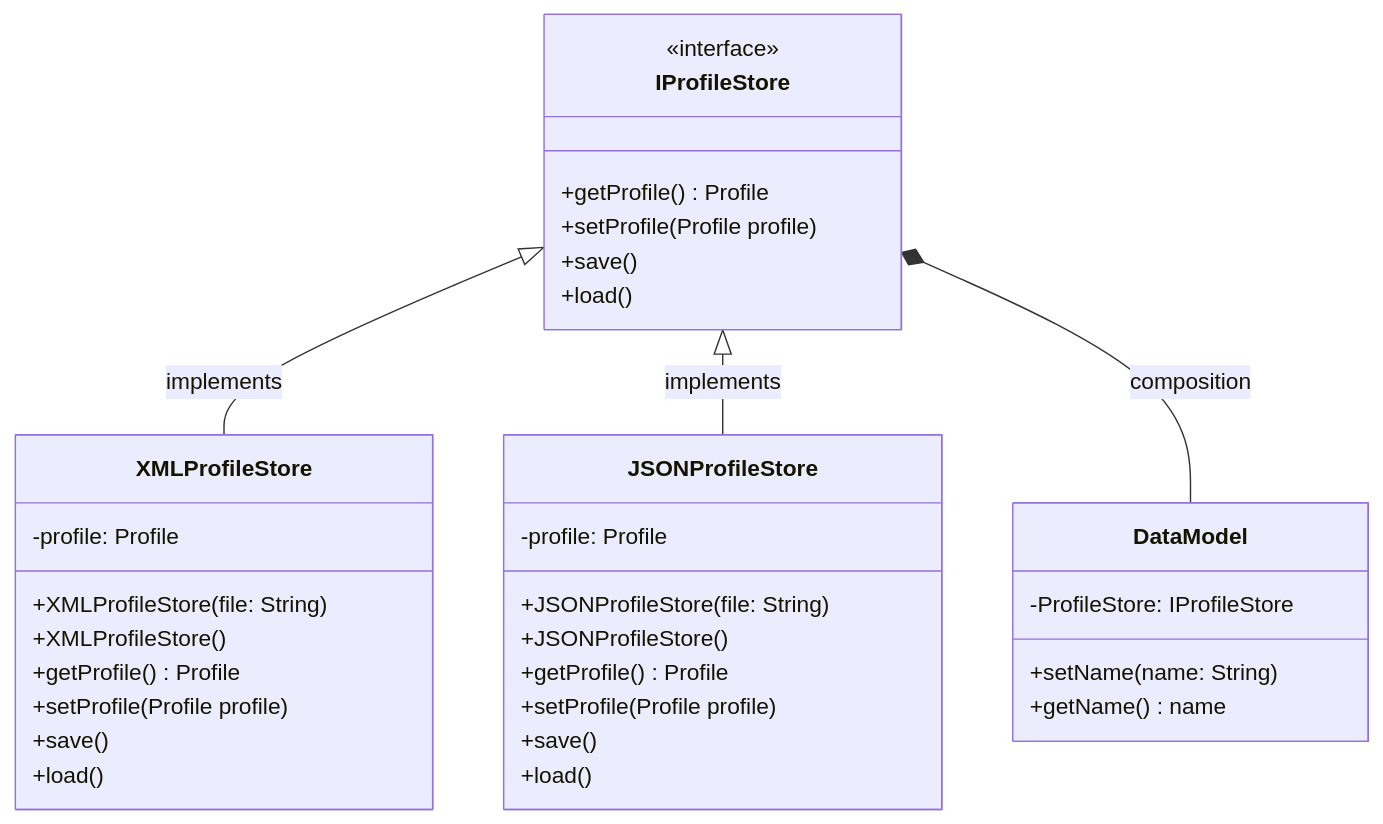
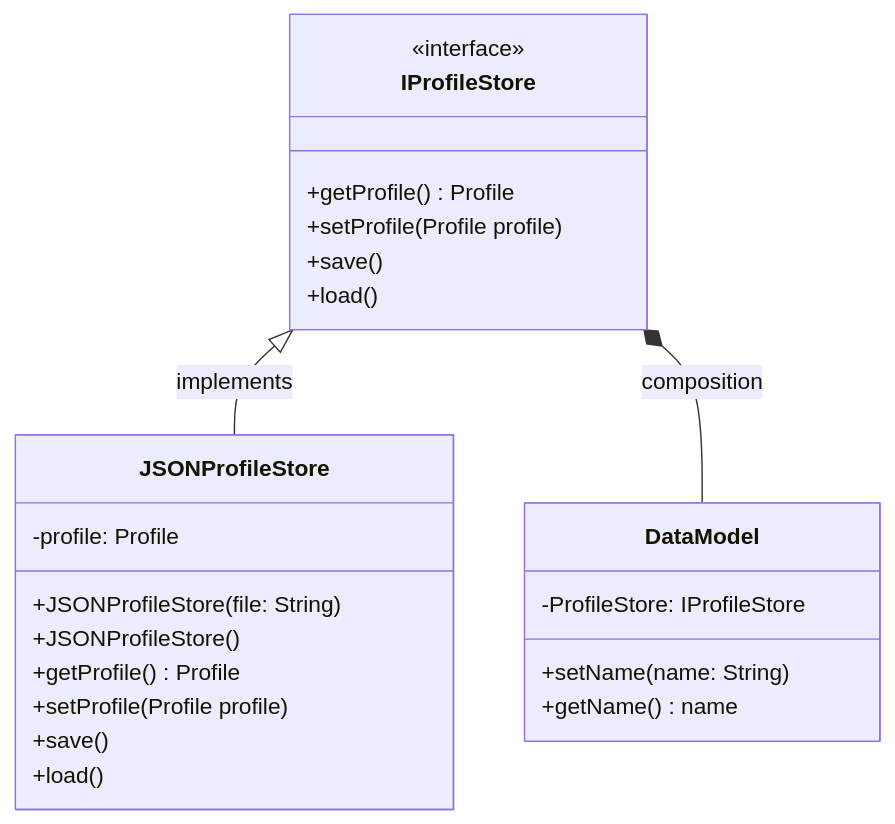
The second of 2 diagrams in docs/design/5-data-model.md (overlord-supreme/checkers), drawn with Mermaid before and after one commit. The commit also changed other lines of this file, not shown here.

````diff
--- a/docs/design/5-data-model.md
+++ b/docs/design/5-data-model.md
@@ -19,40 +19,29 @@
 ```mermaid
 classDiagram
-    IProfileStore <|-- XMLProfileStore: implements
     IProfileStore <|-- JSONProfileStore: implements
     IProfileStore *-- DataModel: composition
 
     class DataModel {
         -ProfileStore: IProfileStore
         +setName(name: String)
         +getName() name
     }
 
     class IProfileStore {
         +getProfile() Profile
         +setProfile(Profile profile)
         +save()
         +load()
     }
     <<interface>> IProfileStore
 
-    class XMLProfileStore {
-        -profile: Profile
-        +XMLProfileStore(file: String)
-        +XMLProfileStore()
-        +getProfile() Profile
-        +setProfile(Profile profile)
-        +save()
-        +load()   
-    }
-
     class JSONProfileStore {
         -profile: Profile
         +JSONProfileStore(file: String)
         +JSONProfileStore()
         +getProfile() Profile
         +setProfile(Profile profile)
         +save()
         +load()   
     }
 ```
````
